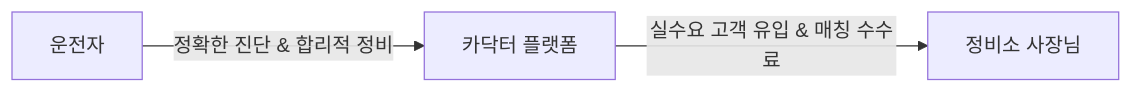
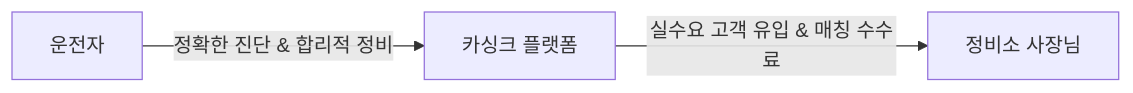
Before and after one commit to wlsgns9607-blip/carpo: the diagram in README.md, drawn with Mermaid. The commit also changed other lines of this file, not shown here.

````diff
--- a/README.md
+++ b/README.md
@@ -101,5 +101,5 @@
 ```mermaid
 graph LR
-    User[운전자] -- 정확한 진단 & 합리적 정비 --> Platform[카닥터 플랫폼]
+    User[운전자] -- 정확한 진단 & 합리적 정비 --> Platform[카싱크 플랫폼]
     Platform -- 실수요 고객 유입 & 매칭 수수료 --> Shop[정비소 사장님]
 ```
````
